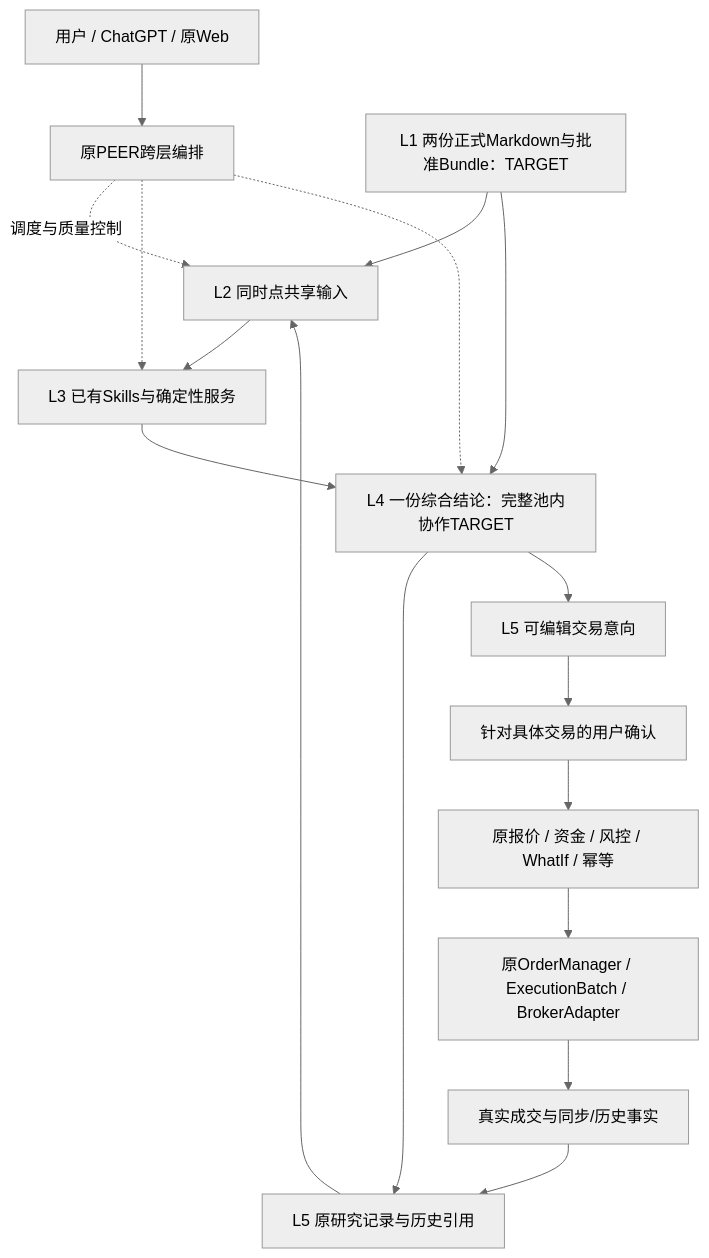
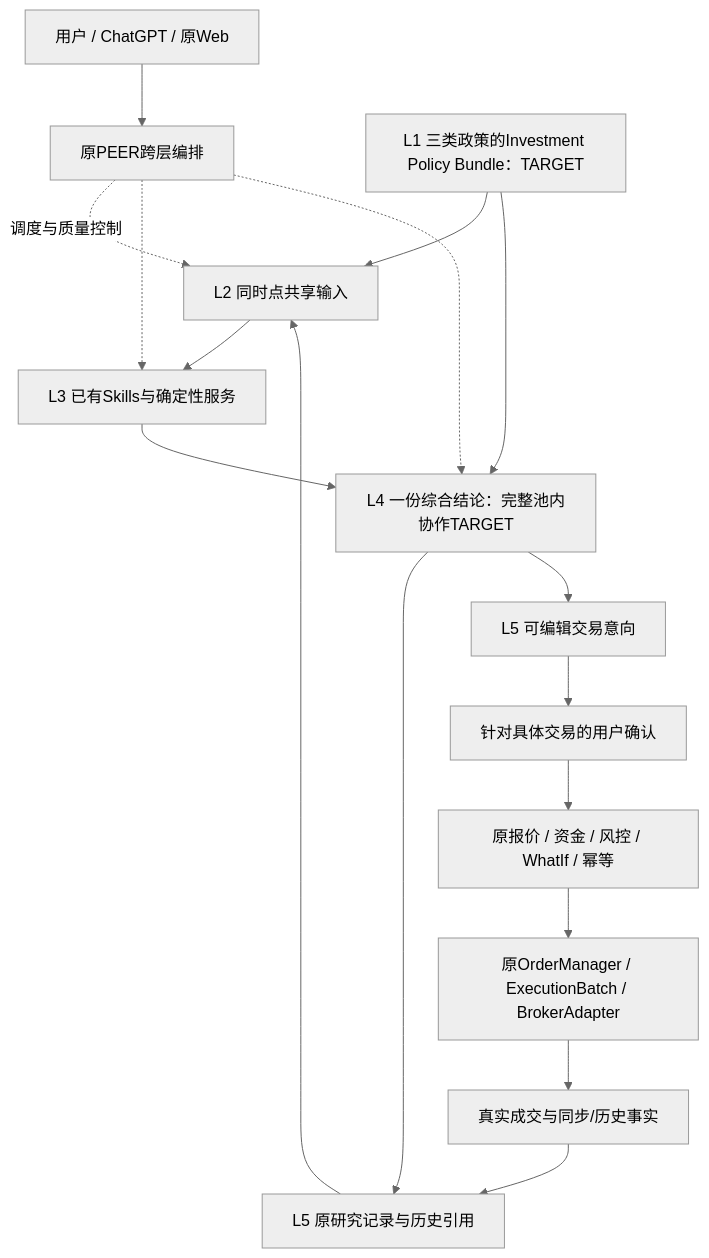
One commit to song-buaa/WealthPilot changed the diagram in docs/v4.3/UNIFIED_INVESTMENT_DECISION_ARCHITECTURE.md. Above: the diagram before and after it, drawn with Mermaid (neutral theme). The commit also changed other lines of this file and 3 other files, not shown here.

Commit message:
docs: apply unified architecture review revisions

````diff
--- a/docs/v4.3/UNIFIED_INVESTMENT_DECISION_ARCHITECTURE.md
+++ b/docs/v4.3/UNIFIED_INVESTMENT_DECISION_ARCHITECTURE.md
@@ -25,19 +25,19 @@
 ```mermaid
 flowchart TB
   User[用户 / ChatGPT / 原Web] --> PEER[原PEER跨层编排]
-  Policy[L1 两份正式Markdown与批准Bundle：TARGET] --> Shared[L2 同时点共享输入]
+  Policy[L1 三类政策的Investment Policy Bundle：TARGET] --> Shared[L2 同时点共享输入]
   Shared --> Skills[L3 已有Skills与确定性服务]
   Skills --> Decision[L4 一份综合结论：完整池内协作TARGET]
   Policy --> Decision
   Decision --> Archive[L5 原研究记录与历史引用]
   Decision --> Intent[L5 可编辑交易意向]
   Intent --> Human[针对具体交易的用户确认]
   Human --> Gates[原报价 / 资金 / 风控 / WhatIf / 幂等]
   Gates --> Execution[原OrderManager / ExecutionBatch / BrokerAdapter]
   Execution --> Facts[真实成交与同步/历史事实]
   Facts --> Archive
   Archive --> Shared
   PEER -. 调度与质量控制 .-> Shared
   PEER -.-> Skills
   PEER -.-> Decision
 ```
````
